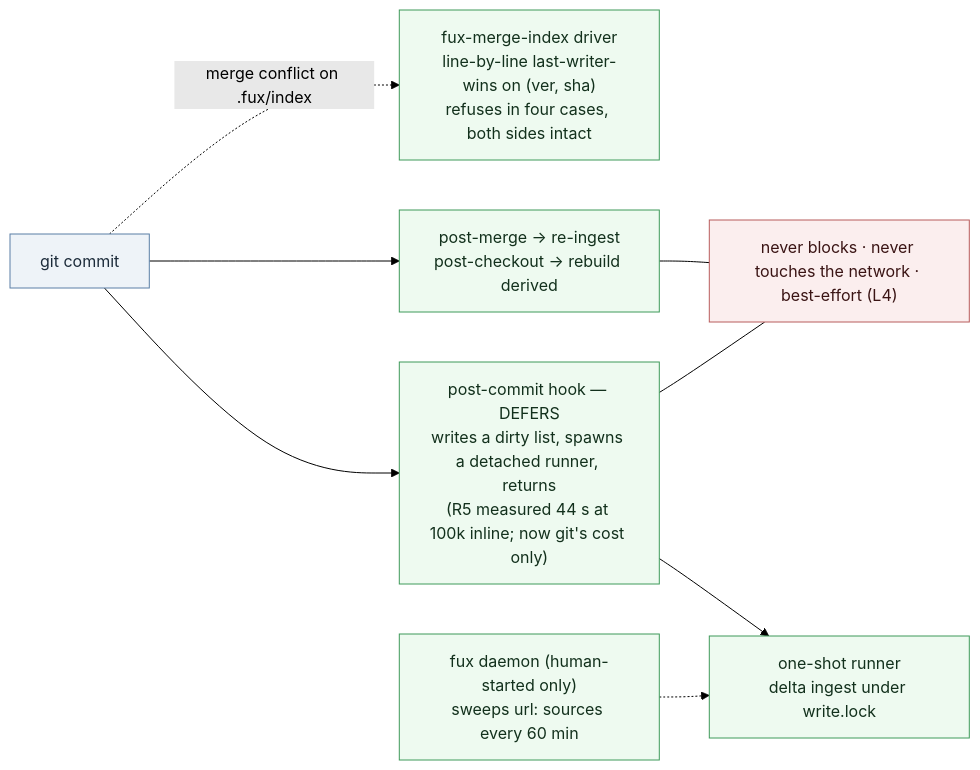
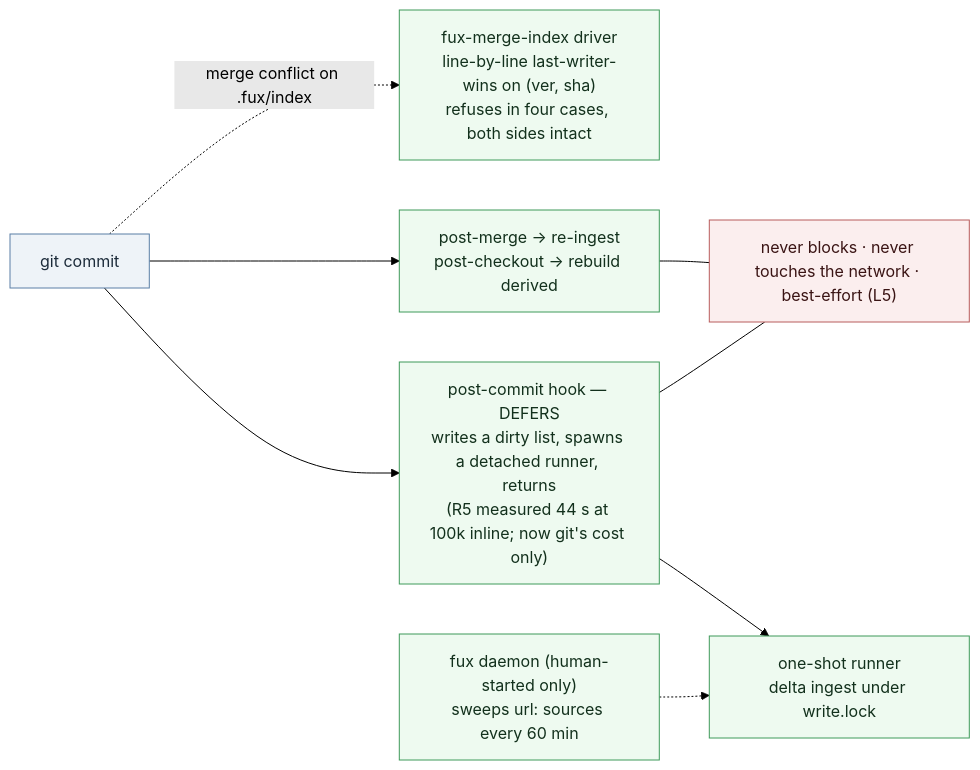
Before and after one commit to arpitarya/fux: the diagram in docs/paper/figures/src/fig-12-maintenance.mmd, drawn with Mermaid (forest theme). The commit also changed 351 other files, not shown here.

```diff
--- a/docs/paper/figures/src/fig-12-maintenance.mmd
+++ b/docs/paper/figures/src/fig-12-maintenance.mmd
@@ -1,17 +1,17 @@
 flowchart LR
   classDef ev fill:#eef3f8,stroke:#5b7fa6,color:#1c2b3a
   classDef act fill:#eefaf0,stroke:#3f9a5a,color:#12301c
   classDef law fill:#fbeeee,stroke:#b85c5c,color:#3a1414
   C["git commit"]:::ev
   PC["post-commit hook — DEFERS<br/>writes a dirty list, spawns a detached runner, returns<br/>(R5 measured 44 s at 100k inline; now git's cost only)"]:::act
   RN["one-shot runner<br/>delta ingest under write.lock"]:::act
   PM["post-merge → re-ingest<br/>post-checkout → rebuild derived"]:::act
   MD["fux-merge-index driver<br/>line-by-line last-writer-wins on (ver, sha)<br/>refuses in four cases, both sides intact"]:::act
   DA["fux daemon (human-started only)<br/>sweeps url: sources every 60 min"]:::act
-  L["never blocks · never touches the network · best-effort (L4)"]:::law
+  L["never blocks · never touches the network · best-effort (L5)"]:::law
   C --> PC --> RN
   C --> PM
   C -. "merge conflict on .fux/index" .-> MD
   DA -.-> RN
   PC --- L
   PM --- L
```
